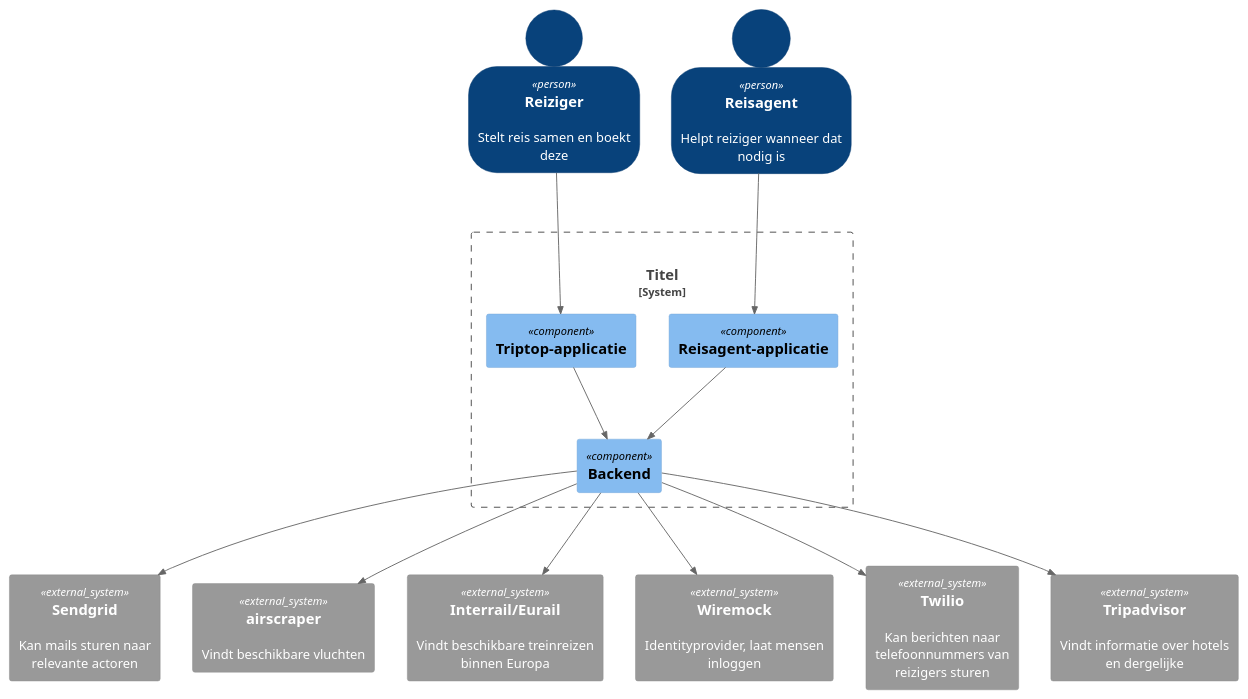
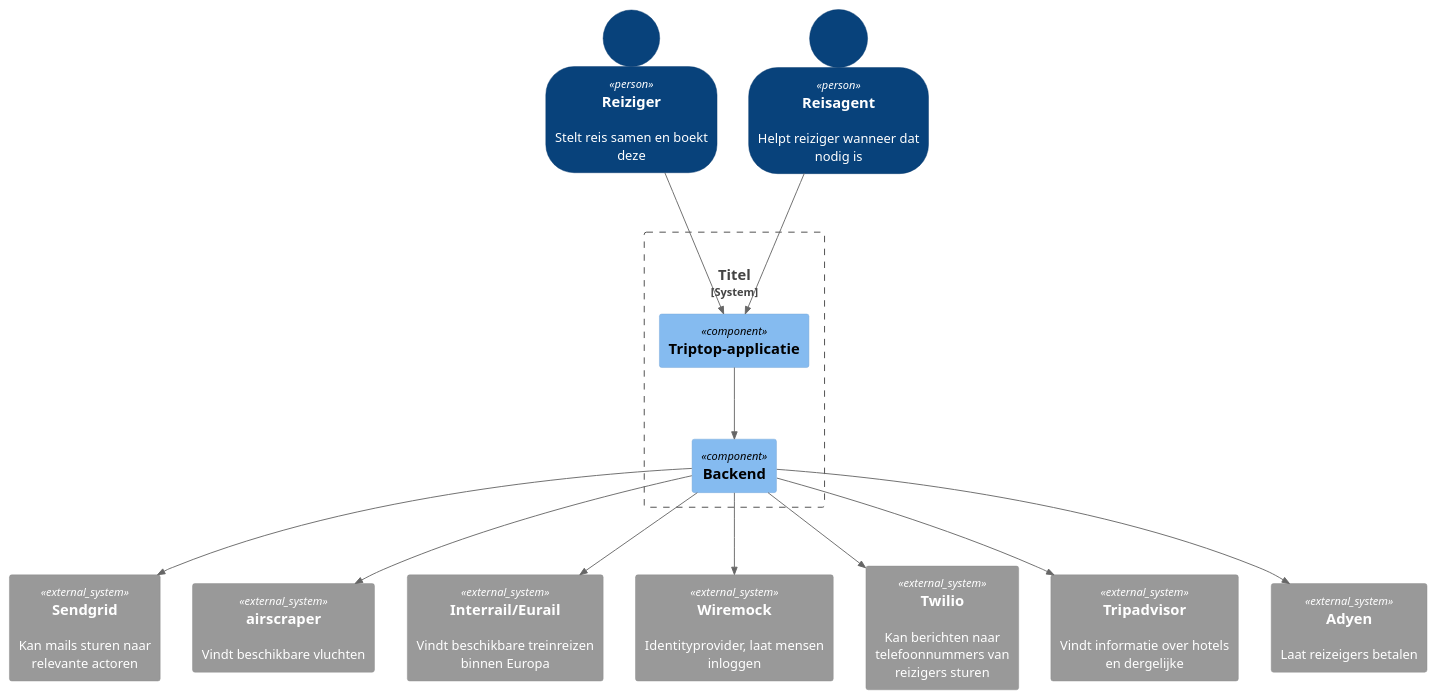
One commit to AIM-ENE-feb25/triptop-dravende-dikdiks changed the diagram in Mike/container_diagram.puml. Above: the diagram before and after it, drawn with PlantUML.

```diff
--- a/Mike/container_diagram.puml
+++ b/Mike/container_diagram.puml
@@ -1,43 +1,46 @@
 @startuml
 
 !include https://raw.githubusercontent.com/plantuml-stdlib/C4-PlantUML/master/C4_Context.puml
 !include https://raw.githubusercontent.com/plantuml-stdlib/C4-PlantUML/master/C4_Container.puml
 !include https://raw.githubusercontent.com/plantuml-stdlib/C4-PlantUML/master/C4_Component.puml
 
 SHOW_PERSON_OUTLINE()
 
 Person("r", "Reiziger", "Stelt reis samen en boekt deze")
 Person("ra", "Reisagent", "Helpt reiziger wanneer dat nodig is")
 
 
 System_Boundary("naam", "Titel"){
     Component("be", "Backend")
     Component("fe", "Triptop-applicatie")
-    Component("raa", "Reisagent-applicatie")
 }
 
 System_Ext("sg", "Sendgrid", "Kan mails sturen naar relevante actoren")
 System_Ext("as", "airscraper", "Vindt beschikbare vluchten")
 System_Ext("eur", "Interrail/Eurail", "Vindt beschikbare treinreizen binnen Europa")
 System_Ext("wm", "Wiremock", "Identityprovider, laat mensen inloggen")
 System_Ext("tw", "Twilio", "Kan berichten naar telefoonnummers van reizigers sturen")
 System_Ext("ta", "Tripadvisor", "Vindt informatie over hotels en dergelijke")
+System_Ext("ad", "Adyen", "Laat reizeigers betalen")
+
 
 Rel("r", "fe", " ")
-Rel("ra", "raa", " ")
-Rel("raa", "be", " ")
+Rel("ra", "fe", " ")
 Rel("fe", "be", " ")
 
 Rel("be", "sg", " ")
 Rel("be", "as", " ")
 Rel("be", "eur", " ")
 Rel("be", "wm", " ")
 Rel("be", "tw", " ")
 Rel("be", "ta", " ")
+Rel("be", "ad", " ")
+
+
 
 
 
 
 
 
 @enduml
```
